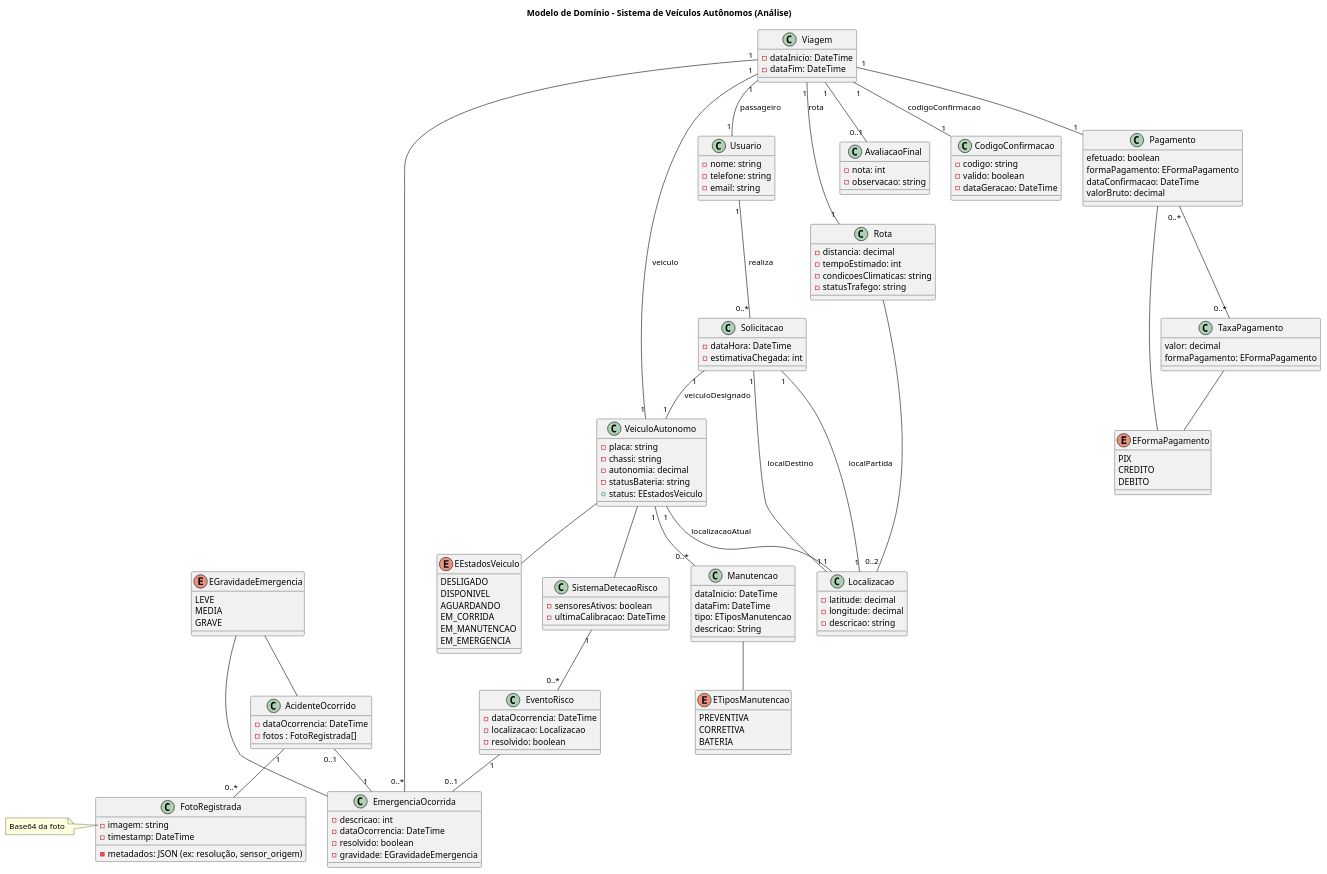
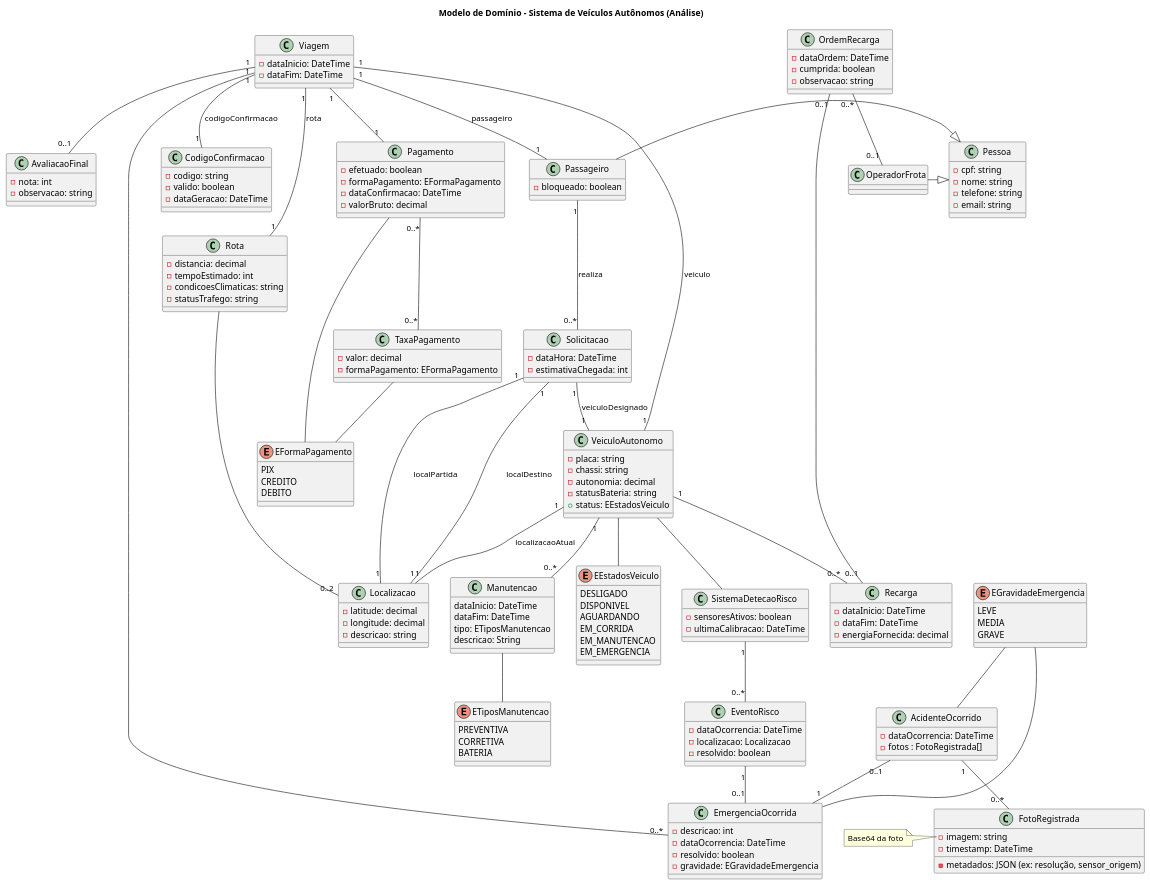
Before and after one commit to gilmarUFG/as_es_20251_g6: the diagram in trabalho_final/Diagramas (Iteraçao final)/codigo/entidades.plantuml, drawn with PlantUML.

Commit message:
feat: update diagrama de classes

```diff
--- a/trabalho_final/Diagramas (Iteraçao final)/codigo/entidades.plantuml
+++ b/trabalho_final/Diagramas (Iteraçao final)/codigo/entidades.plantuml
@@ -1,163 +1,188 @@
 @startuml
 title Modelo de Domínio - Sistema de Veículos Autônomos (Análise)
 
-class Usuario {
+class Pessoa {
+  - cpf: string
   - nome: string
   - telefone: string
   - email: string
 }
 
 class Localizacao {
   - latitude: decimal
   - longitude: decimal
   - descricao: string
 }
 
 class VeiculoAutonomo {
   - placa: string
   - chassi: string
   - autonomia: decimal
   - statusBateria: string
   + status: EEstadosVeiculo
 }
 
 class Manutencao {
   dataInicio: DateTime
   dataFim: DateTime
   tipo: ETiposManutencao
   descricao: String
 }
 
 Enum ETiposManutencao{
   PREVENTIVA
   CORRETIVA
   BATERIA
 }
 
 Enum EEstadosVeiculo{
   DESLIGADO
   DISPONIVEL
   AGUARDANDO
   EM_CORRIDA
   EM_MANUTENCAO
   EM_EMERGENCIA
 }
 
 class Solicitacao {
   - dataHora: DateTime
   - estimativaChegada: int
 }
 
 class Viagem {
   - dataInicio: DateTime
   - dataFim: DateTime
 }
 
 class AvaliacaoFinal {
     - nota: int
     - observacao: string
 }
 
 class EmergenciaOcorrida {
     - descricao: int
     - dataOcorrencia: DateTime
     - resolvido: boolean
     - gravidade: EGravidadeEmergencia
 }
 
 class AcidenteOcorrido{
     - dataOcorrencia: DateTime
     - fotos : FotoRegistrada[]
 }
 
 class FotoRegistrada{
   - imagem: string
   - timestamp: DateTime
   - metadados: JSON (ex: resolução, sensor_origem)
 }
 
 note left of FotoRegistrada::"imagem: string"
   Base64 da foto
 end note
 
 Enum EGravidadeEmergencia{
     LEVE
     MEDIA
     GRAVE
 }
 
 class CodigoConfirmacao {
   - codigo: string
   - valido: boolean
   - dataGeracao: DateTime
 }
 
 class Rota {
   - distancia: decimal
   - tempoEstimado: int
   - condicoesClimaticas: string
   - statusTrafego: string
 }
 
 class SistemaDetecaoRisco {
   - sensoresAtivos: boolean
   - ultimaCalibracao: DateTime
 }
 
 class EventoRisco {
   - dataOcorrencia: DateTime
   - localizacao: Localizacao
   - resolvido: boolean
 }
 
 class Pagamento {
-  efetuado: boolean
-  formaPagamento: EFormaPagamento
-  dataConfirmacao: DateTime
-  valorBruto: decimal
+ - efetuado: boolean
+ - formaPagamento: EFormaPagamento
+ - dataConfirmacao: DateTime
+ - valorBruto: decimal
 }
 
 class TaxaPagamento{
-  valor: decimal
-  formaPagamento: EFormaPagamento
+ - valor: decimal
+ - formaPagamento: EFormaPagamento
 }
 
 Enum EFormaPagamento {
 PIX
 CREDITO
 DEBITO
 }
 
-Usuario "1" -- "0..*" Solicitacao : realiza
+class Passageiro{
+- bloqueado: boolean
+}
+
+class OperadorFrota
+
+class Recarga {
+  - dataInicio: DateTime
+  - dataFim: DateTime
+  - energiaFornecida: decimal
+}
+
+class OrdemRecarga{
+  - dataOrdem: DateTime
+  - cumprida: boolean
+  - observacao: string
+}
+
+Passageiro -|> Pessoa
+OperadorFrota -|> Pessoa
+Passageiro "1" -- "0..*" Solicitacao : realiza
 Solicitacao "1" -- "1" Localizacao : localPartida
 Solicitacao "1" -- "1" Localizacao : localDestino
 Solicitacao "1" -- "1" VeiculoAutonomo : veiculoDesignado
 
-Viagem "1" -- "1" Usuario : passageiro
+Viagem "1" -- "1" Passageiro : passageiro
 Viagem "1" -- "1" VeiculoAutonomo : veiculo
 Viagem "1" -- "1" CodigoConfirmacao : codigoConfirmacao
 Viagem "1" -- "1" Rota : rota
 Viagem "1" -- "0..1" AvaliacaoFinal
 Viagem "1" -- "0..*" EmergenciaOcorrida
 Viagem "1" -- "1" Pagamento
+
+OrdemRecarga "0..1" -- "0..1" Recarga
+OrdemRecarga "0..*" -- "0..1" OperadorFrota
 
 Pagamento -- EFormaPagamento
 Pagamento "0..*" -- "0..*" TaxaPagamento
 TaxaPagamento -- EFormaPagamento
 
 EGravidadeEmergencia -- EmergenciaOcorrida
 AcidenteOcorrido "0..1" -- "1" EmergenciaOcorrida
 EGravidadeEmergencia -- AcidenteOcorrido
 AcidenteOcorrido "1" -- "0..*" FotoRegistrada
 
 VeiculoAutonomo "1" -- "1" Localizacao : localizacaoAtual
 VeiculoAutonomo -- SistemaDetecaoRisco
 VeiculoAutonomo -- EEstadosVeiculo
 VeiculoAutonomo "1" -- "0..*" Manutencao
+VeiculoAutonomo "1" -- "0..*" Recarga
 Rota -- "0..2" Localizacao
 
 Manutencao -- ETiposManutencao
 
 SistemaDetecaoRisco "1" -- "0..*" EventoRisco
 EventoRisco "1" -- "0..1" EmergenciaOcorrida
 @enduml
```
